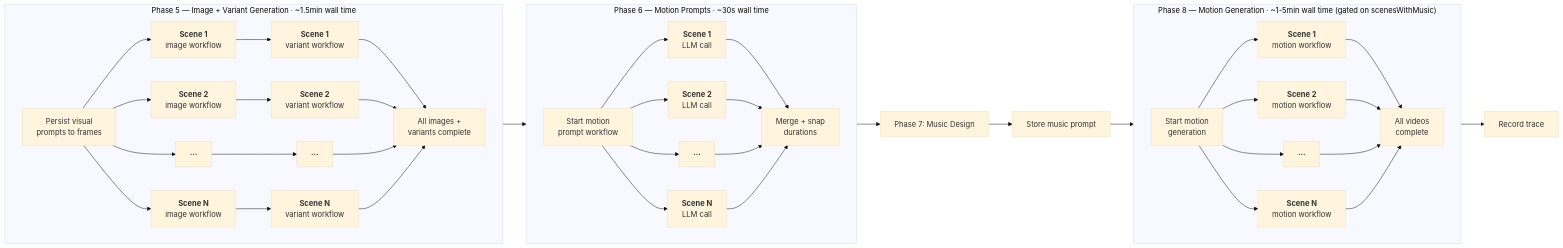
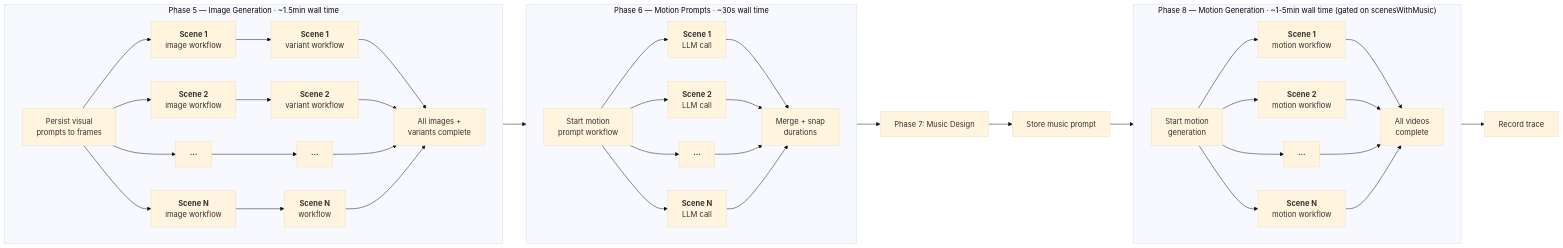
One commit to hhwjsw711/openstory changed the second of 6 diagrams in docs/workflow.md. Above: the diagram before and after it, drawn with Mermaid (base theme). The commit also changed other lines of this file and 2 other files, not shown here.

Commit message:
Removed workflow changes

````diff
--- a/docs/workflow.md
+++ b/docs/workflow.md
@@ -103,50 +100,50 @@
 ```mermaid
 flowchart LR
-    subgraph "Phase 5 — Image + Variant Generation · ~1.5min wall time"
+    subgraph "Phase 5 — Image Generation · ~1.5min wall time"
         direction LR
         ImgFork["Persist visual<br/>prompts to frames"] --> Img1["<b>Scene 1</b><br/>image workflow"]
         ImgFork --> Img2["<b>Scene 2</b><br/>image workflow"]
         ImgFork --> ImgDots["<b>···</b>"]
         ImgFork --> ImgN["<b>Scene N</b><br/>image workflow"]
         Img1 --> Var1["<b>Scene 1</b><br/>variant workflow"]
         Img2 --> Var2["<b>Scene 2</b><br/>variant workflow"]
         ImgDots --> VarDots["<b>···</b>"]
-        ImgN --> VarN["<b>Scene N</b><br/>variant workflow"]
+        ImgN --> VarN["<b>Scene N</b><br/> workflow"]
         Var1 --> ImgJoin["All images +<br/>variants complete"]
         Var2 --> ImgJoin
         VarDots --> ImgJoin
         VarN --> ImgJoin
     end
 
     ImgJoin --> MPFork
 
     subgraph "Phase 6 — Motion Prompts · ~30s wall time"
         direction LR
         MPFork["Start motion<br/>prompt workflow"] --> MP1["<b>Scene 1</b><br/>LLM call"]
         MPFork --> MP2["<b>Scene 2</b><br/>LLM call"]
         MPFork --> MPDots["<b>···</b>"]
         MPFork --> MPN["<b>Scene N</b><br/>LLM call"]
         MP1 --> MPJoin["Merge + snap<br/>durations"]
         MP2 --> MPJoin
         MPDots --> MPJoin
         MPN --> MPJoin
     end
 
     MPJoin --> MusicDesign["Phase 7: Music Design"]
     MusicDesign --> StoreMusicPrompt["Store music prompt"]
     StoreMusicPrompt --> MotFork
 
     subgraph "Phase 8 — Motion Generation · ~1-5min wall time (gated on scenesWithMusic)"
         direction LR
         MotFork["Start motion<br/>generation"] --> Mot1["<b>Scene 1</b><br/>motion workflow"]
         MotFork --> Mot2["<b>Scene 2</b><br/>motion workflow"]
         MotFork --> MotDots["<b>···</b>"]
         MotFork --> MotN["<b>Scene N</b><br/>motion workflow"]
         Mot1 --> MotJoin["All videos<br/>complete"]
         Mot2 --> MotJoin
         MotDots --> MotJoin
         MotN --> MotJoin
     end
 
     MotJoin --> Done["Record trace"]
 ```
````
